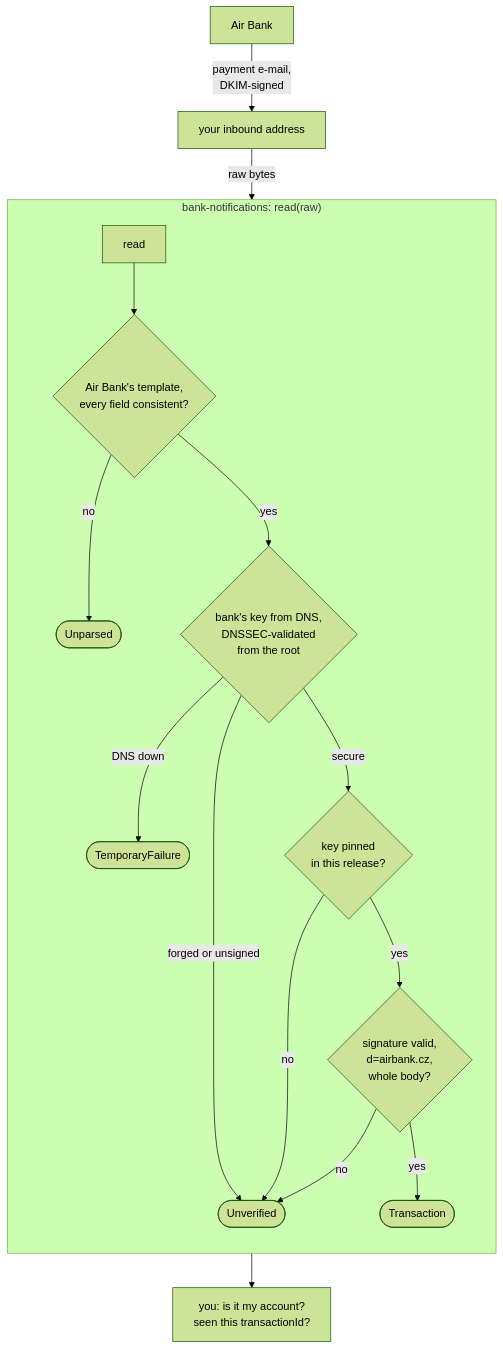
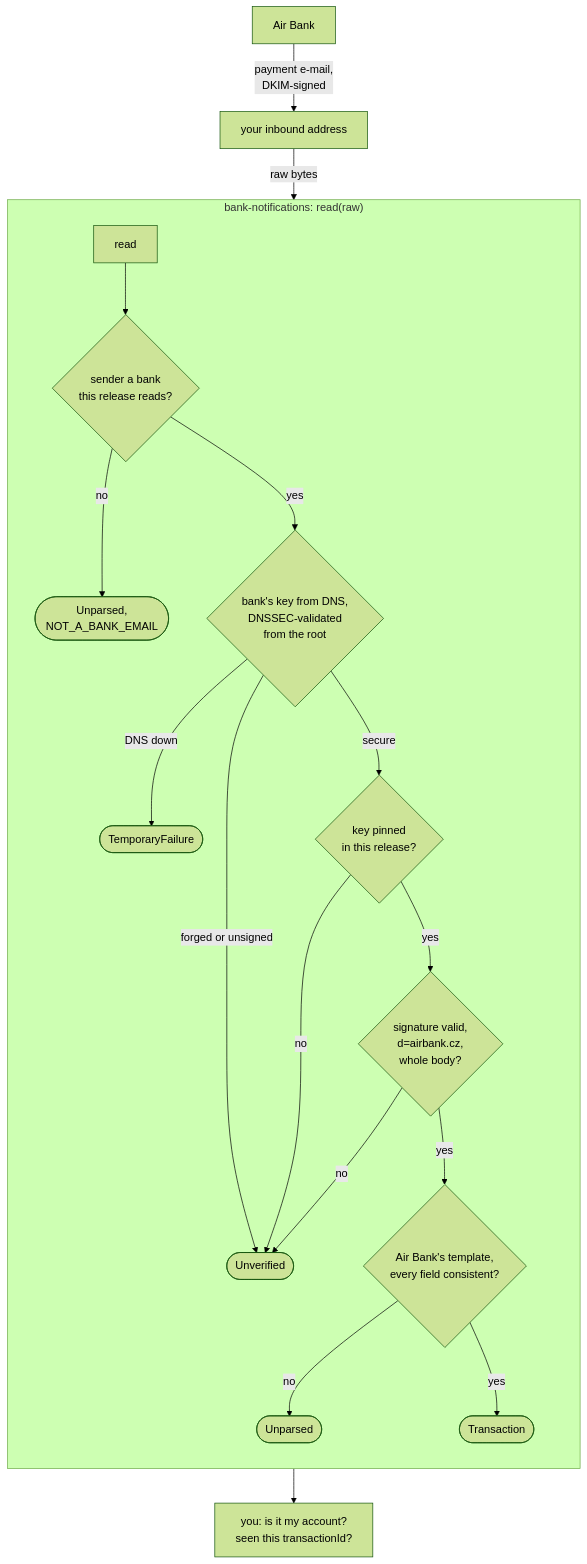
Before and after one commit to landsman/bank-java: the diagram in .docs/verification.md, drawn with Mermaid (forest theme). The commit also changed other lines of this file, not shown here.

Commit message:
docs: draw the checks in their new order, the sender first and the body last

````diff
--- a/.docs/verification.md
+++ b/.docs/verification.md
@@ -9,21 +9,23 @@
 ```mermaid
 flowchart TB
     bank["Air Bank"] -- "payment e-mail,<br/>DKIM-signed" --> inbox["your inbound address"]
     inbox -- "raw bytes" --> read
 
     subgraph lib ["bank-notifications: read(raw)"]
         direction TB
-        read["read"] --> parse{"Air Bank's template,<br/>every field consistent?"}
-        parse -- "no" --> unparsed(["Unparsed"])
-        parse -- "yes" --> dns{"bank's key from DNS,<br/>DNSSEC-validated<br/>from the root"}
+        read["read"] --> sender{"sender a bank<br/>this release reads?"}
+        sender -- "no" --> other(["Unparsed,<br/>NOT_A_BANK_EMAIL"])
+        sender -- "yes" --> dns{"bank's key from DNS,<br/>DNSSEC-validated<br/>from the root"}
         dns -- "DNS down" --> temporary(["TemporaryFailure"])
         dns -- "forged or unsigned" --> unverified(["Unverified"])
         dns -- "secure" --> pin{"key pinned<br/>in this release?"}
         pin -- "no" --> unverified
         pin -- "yes" --> sig{"signature valid,<br/>d=airbank.cz,<br/>whole body?"}
         sig -- "no" --> unverified
-        sig -- "yes" --> transaction(["Transaction"])
+        sig -- "yes" --> parse{"Air Bank's template,<br/>every field consistent?"}
+        parse -- "no" --> unparsed(["Unparsed"])
+        parse -- "yes" --> transaction(["Transaction"])
     end
 
     transaction --> you["you: is it my account?<br/>seen this transactionId?"]
 ```
````
